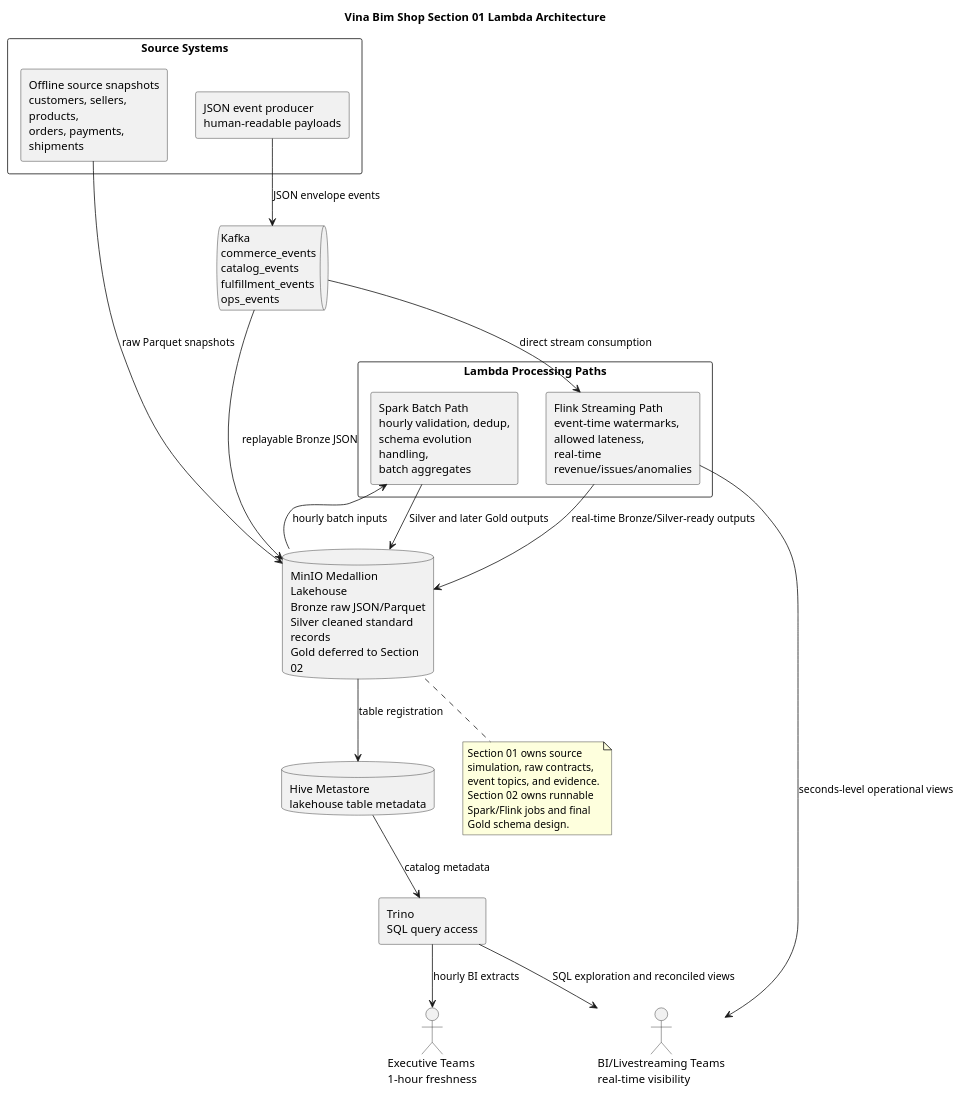
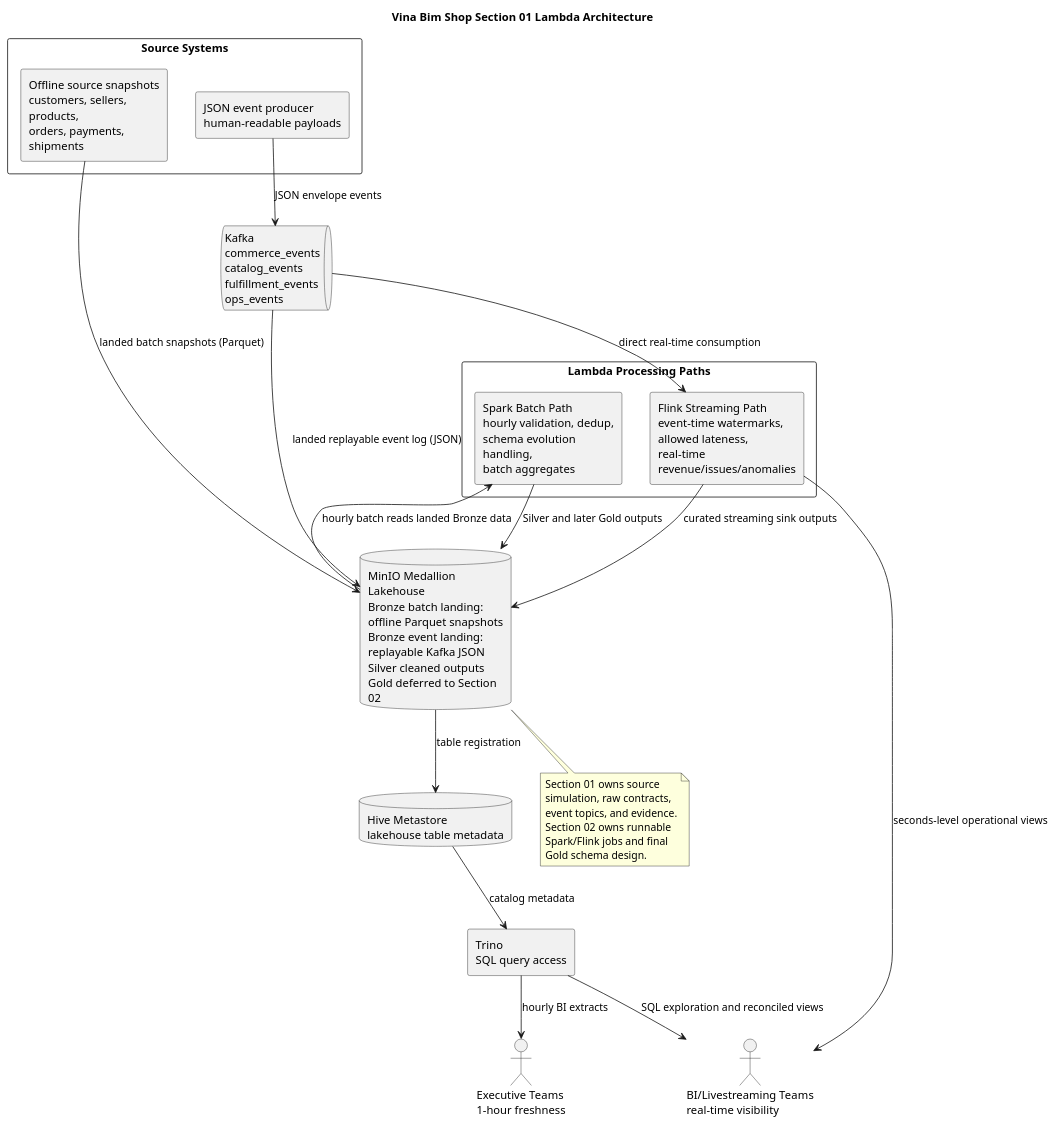
Before and after one commit to hhoangdo/ecom-data-platform: the diagram in architecture/diagrams/lambda_architecture.puml, drawn with PlantUML. The commit also changed 3 other files, not shown here.

Commit message:
docs: clarify lambda diagram semantics

```diff
--- a/architecture/diagrams/lambda_architecture.puml
+++ b/architecture/diagrams/lambda_architecture.puml
@@ -1,45 +1,45 @@
 @startuml
 title Vina Bim Shop Section 01 Lambda Architecture
 
 skinparam componentStyle rectangle
 skinparam shadowing false
 skinparam wrapWidth 180
 
 actor "Executive Teams\n1-hour freshness" as Executive
 actor "BI/Livestreaming Teams\nreal-time visibility" as BI
 
 rectangle "Source Systems" as Sources {
   component "Offline source snapshots\ncustomers, sellers, products,\norders, payments, shipments" as Offline
   component "JSON event producer\nhuman-readable payloads" as Producer
 }
 
 queue "Kafka\ncommerce_events\ncatalog_events\nfulfillment_events\nops_events" as Kafka
 
 rectangle "Lambda Processing Paths" as Lambda {
   component "Spark Batch Path\nhourly validation, dedup,\nschema evolution handling,\nbatch aggregates" as Spark
   component "Flink Streaming Path\nevent-time watermarks,\nallowed lateness,\nreal-time revenue/issues/anomalies" as Flink
 }
 
-database "MinIO Medallion Lakehouse\nBronze raw JSON/Parquet\nSilver cleaned standard records\nGold deferred to Section 02" as MinIO
+database "MinIO Medallion Lakehouse\nBronze batch landing: offline Parquet snapshots\nBronze event landing: replayable Kafka JSON\nSilver cleaned outputs\nGold deferred to Section 02" as MinIO
 database "Hive Metastore\nlakehouse table metadata" as Hive
 component "Trino\nSQL query access" as Trino
 
-Offline --> MinIO : raw Parquet snapshots
+Offline --> MinIO : landed batch snapshots (Parquet)
 Producer --> Kafka : JSON envelope events
-Kafka --> Flink : direct stream consumption
-Kafka --> MinIO : replayable Bronze JSON
-MinIO --> Spark : hourly batch inputs
+Kafka --> Flink : direct real-time consumption
+Kafka --> MinIO : landed replayable event log (JSON)
+MinIO --> Spark : hourly batch reads landed Bronze data
 Spark --> MinIO : Silver and later Gold outputs
-Flink --> MinIO : real-time Bronze/Silver-ready outputs
+Flink --> MinIO : curated streaming sink outputs
 MinIO --> Hive : table registration
 Hive --> Trino : catalog metadata
 Trino --> Executive : hourly BI extracts
 Flink --> BI : seconds-level operational views
 Trino --> BI : SQL exploration and reconciled views
 
 note bottom of MinIO
 Section 01 owns source simulation, raw contracts, event topics, and evidence.
 Section 02 owns runnable Spark/Flink jobs and final Gold schema design.
 end note
 
 @enduml
```
